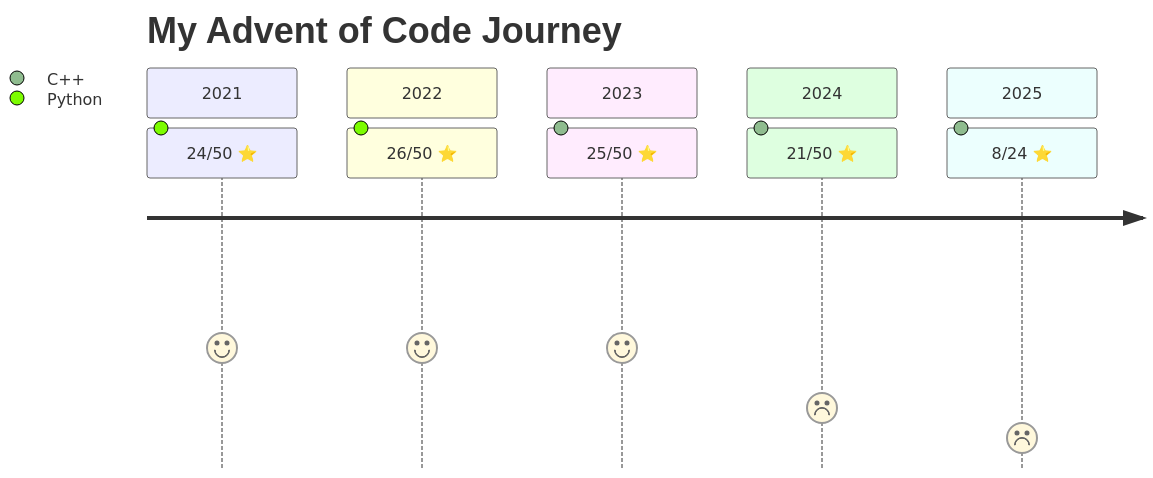
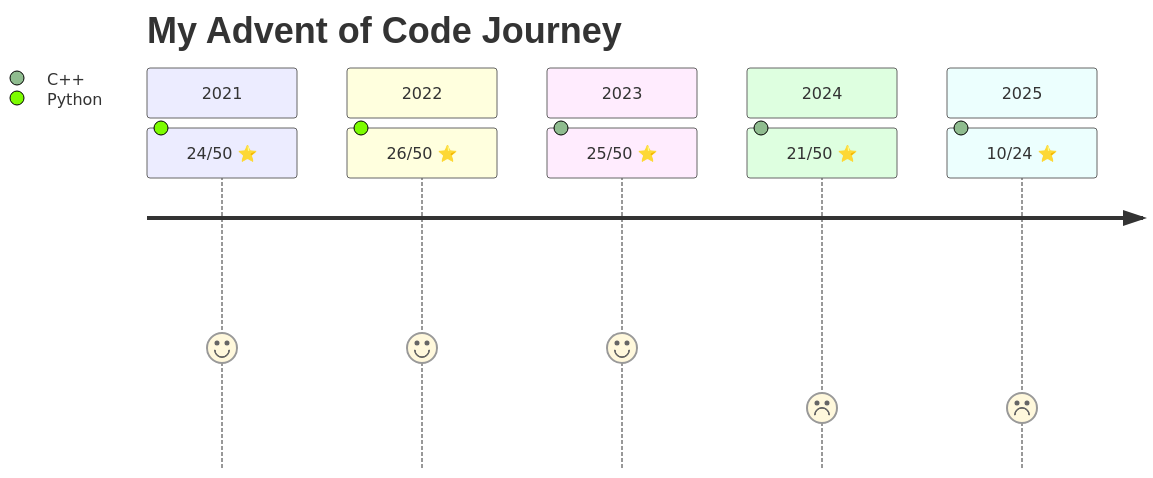
The diagram in README.md (mlcsthor/advent-of-code), drawn with Mermaid before and after one commit. The commit also changed 2 other files, not shown here.

Commit message:
✨ Add 2025 Day06

````diff
--- a/README.md
+++ b/README.md
@@ -1,14 +1,14 @@
 ```mermaid
 journey
     title My Advent of Code Journey
     section 2021
       24/50 ⭐: 4: Python
     section 2022
       26/50 ⭐: 4: Python
     section 2023
       25/50 ⭐: 4: C++
     section 2024
       21/50 ⭐: 2: C++
     section 2025
-      8/24 ⭐: 1: C++
+      10/24 ⭐: 2: C++
 ```
````
